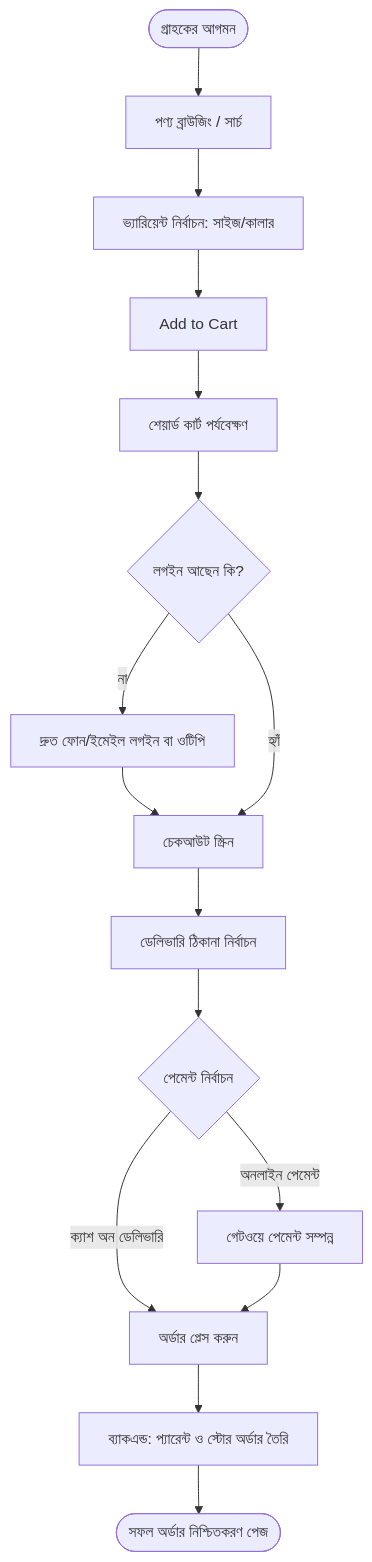
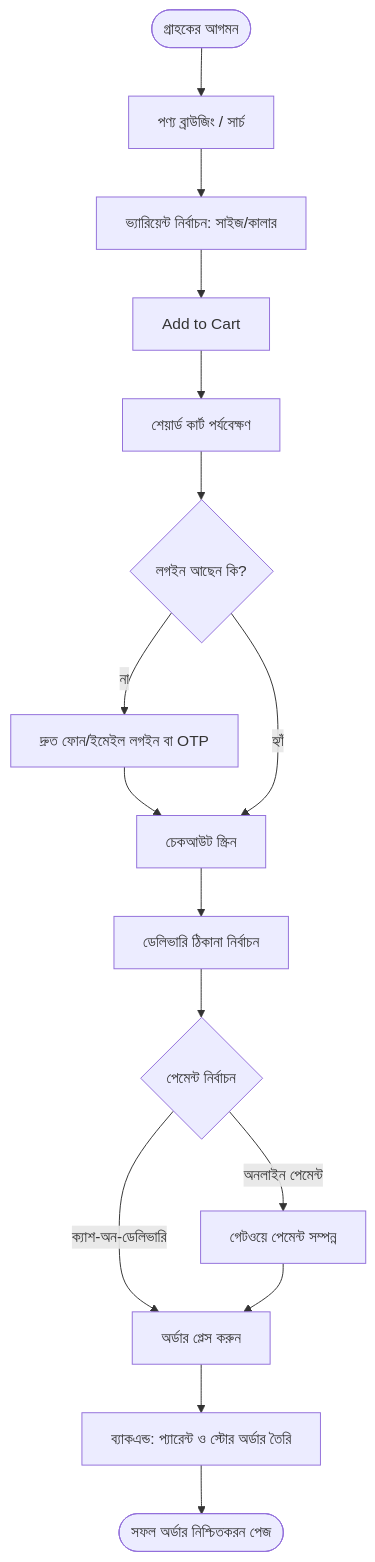
The diagram in AURA_BELL_PROJECT_BLUEPRINT/07_UI_UX_DESIGN/USER_FLOWS.md (navilo77/Aurabell), drawn with Mermaid before and after one commit. The commit also changed other lines of this file and 6 other files, not shown here.

First line of the commit message:
docs(blueprint): add scalable 3D mall architecture foundation

````diff
--- a/AURA_BELL_PROJECT_BLUEPRINT/07_UI_UX_DESIGN/USER_FLOWS.md
+++ b/AURA_BELL_PROJECT_BLUEPRINT/07_UI_UX_DESIGN/USER_FLOWS.md
@@ -14,18 +14,18 @@
 ```mermaid
 flowchart TD
     Start([গ্রাহকের আগমন]) --> Browse[পণ্য ব্রাউজিং / সার্চ]
     Browse --> Select[ভ্যারিয়েন্ট নির্বাচন: সাইজ/কালার]
     Select --> AddCart[Add to Cart]
     AddCart --> ViewCart[শেয়ার্ড কার্ট পর্যবেক্ষণ]
     ViewCart --> AuthCheck{লগইন আছেন কি?}
-    AuthCheck -- না --> Login[দ্রুত ফোন/ইমেইল লগইন বা ওটিপি]
+    AuthCheck -- না --> Login[দ্রুত ফোন/ইমেইল লগইন বা OTP]
     Login --> Checkout
     AuthCheck -- হ্যাঁ --> Checkout[চেকআউট স্ক্রিন]
     Checkout --> AddressSelect[ডেলিভারি ঠিকানা নির্বাচন]
     AddressSelect --> PaySelect{পেমেন্ট নির্বাচন}
-    PaySelect -- ক্যাশ অন ডেলিভারি --> PlaceOrder[অর্ডার প্লেস করুন]
+    PaySelect -- ক্যাশ-অন-ডেলিভারি --> PlaceOrder[অর্ডার প্লেস করুন]
     PaySelect -- অনলাইন পেমেন্ট --> Gateway[গেটওয়ে পেমেন্ট সম্পন্ন]
     Gateway --> PlaceOrder
     PlaceOrder --> Split[ব্যাকএন্ড: প্যারেন্ট ও স্টোর অর্ডার তৈরি]
-    Split --> Success([সফল অর্ডার নিশ্চিতকরণ পেজ])
+    Split --> Success([সফল অর্ডার নিশ্চিতকরন পেজ])
 ```
````
